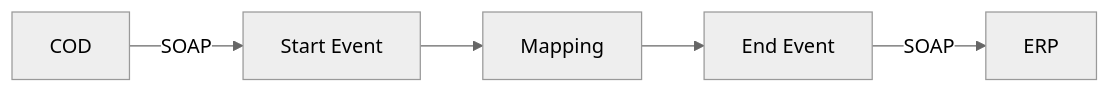
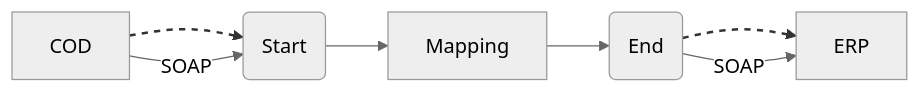
The diagram in MMZ - Cell Iflows/Check_Connectivity_to_SAP_Business_Suite_MMZ/1.0.5/readme.md (Avvale-IA-CICD/AvvaleCPI), drawn with Mermaid (neutral theme) before and after one commit. The commit also changed other lines of this file, not shown here.

````diff
--- a/MMZ - Cell Iflows/Check_Connectivity_to_SAP_Business_Suite_MMZ/1.0.5/readme.md
+++ b/MMZ - Cell Iflows/Check_Connectivity_to_SAP_Business_Suite_MMZ/1.0.5/readme.md
@@ -4,7 +4,11 @@
 ```mermaid
 graph LR
-    COD[COD] -->|SOAP| StartEvent
-    StartEvent[Start Event] --> Mapping
-    Mapping[Mapping] --> EndEvent
-    EndEvent[End Event] -->|SOAP| ERP[ERP]
+    COD[COD] --> StartEvent(Start)
+    linkStyle 0 stroke:#333,stroke-width:2px,color:#333,stroke-dasharray:5 5;
+    StartEvent --> Mapping
+    Mapping --> EndEvent(End)
+    EndEvent --> ERP[ERP]
+    linkStyle 3 stroke:#333,stroke-width:2px,color:#333,stroke-dasharray:5 5;
+    COD -- SOAP --> StartEvent
+    EndEvent -- SOAP --> ERP
 ```
````
